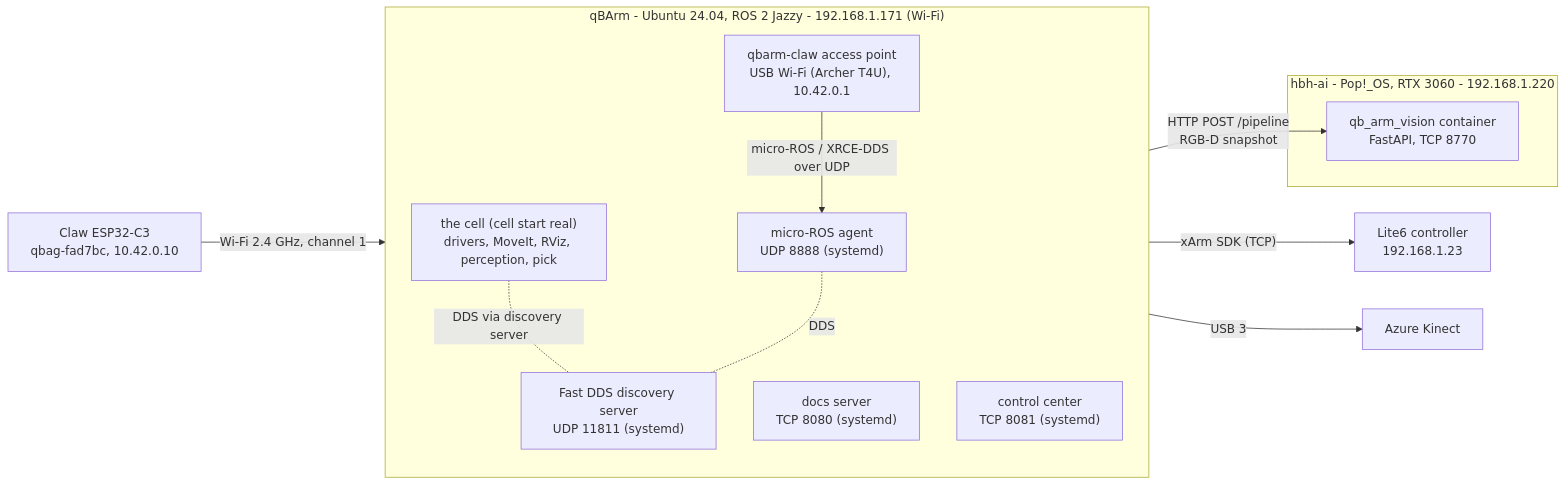
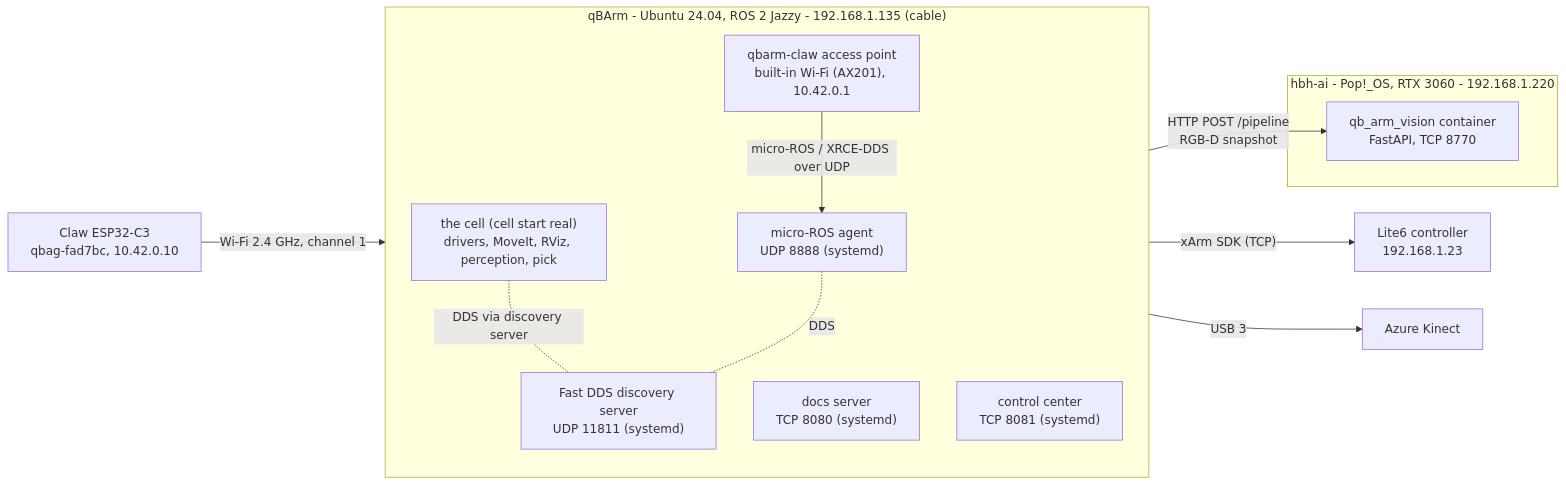
One commit to whoobee/qb_arm_install changed the second of 7 diagrams in docs/pages/02-architecture.md. Above: the diagram before and after it, drawn with Mermaid. The commit also changed other lines of this file and 6 other files, not shown here.

First line of the commit message:
Claw access point on the built-in Wi-Fi (no USB adapter needed); qBArm on its cable only

````diff
--- a/docs/pages/02-architecture.md
+++ b/docs/pages/02-architecture.md
@@ -31,25 +31,25 @@
 ```mermaid
 flowchart LR
-    subgraph qbarm["qBArm - Ubuntu 24.04, ROS 2 Jazzy - 192.168.1.171 (Wi-Fi)"]
+    subgraph qbarm["qBArm - Ubuntu 24.04, ROS 2 Jazzy - 192.168.1.135 (cable)"]
         direction TB
         DS["Fast DDS discovery server<br/>UDP 11811 (systemd)"]
         MRA["micro-ROS agent<br/>UDP 8888 (systemd)"]
         CELL["the cell (cell start real)<br/>drivers, MoveIt, RViz, perception, pick"]
         DOC["docs server<br/>TCP 8080 (systemd)"]
         CTL["control center<br/>TCP 8081 (systemd)"]
-        AP["qbarm-claw access point<br/>USB Wi-Fi (Archer T4U), 10.42.0.1"]
+        AP["qbarm-claw access point<br/>built-in Wi-Fi (AX201), 10.42.0.1"]
     end
     subgraph gpu["hbh-ai - Pop!_OS, RTX 3060 - 192.168.1.220"]
         SRV["qb_arm_vision container<br/>FastAPI, TCP 8770"]
     end
     ARM["Lite6 controller<br/>192.168.1.23"]
     ESP["Claw ESP32-C3<br/>qbag-fad7bc, 10.42.0.10"]
     KIN["Azure Kinect"]
     CELL -- "xArm SDK (TCP)" --> ARM
     CELL -- "USB 3" --> KIN
     CELL -- "HTTP POST /pipeline<br/>RGB-D snapshot" --> SRV
     ESP -- "Wi-Fi 2.4 GHz, channel 1" --> AP
     AP -- "micro-ROS / XRCE-DDS over UDP" --> MRA
     CELL -. "DDS via discovery server" .- DS
     MRA -. "DDS" .- DS
 ```
````
